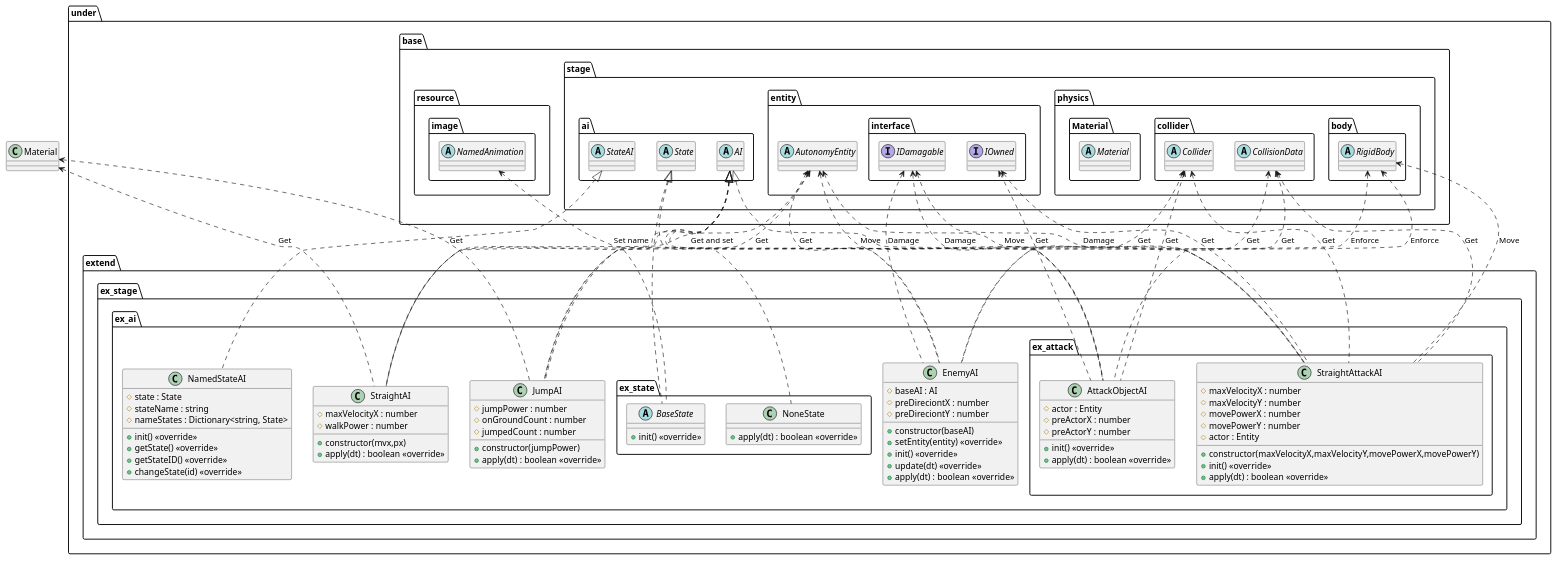
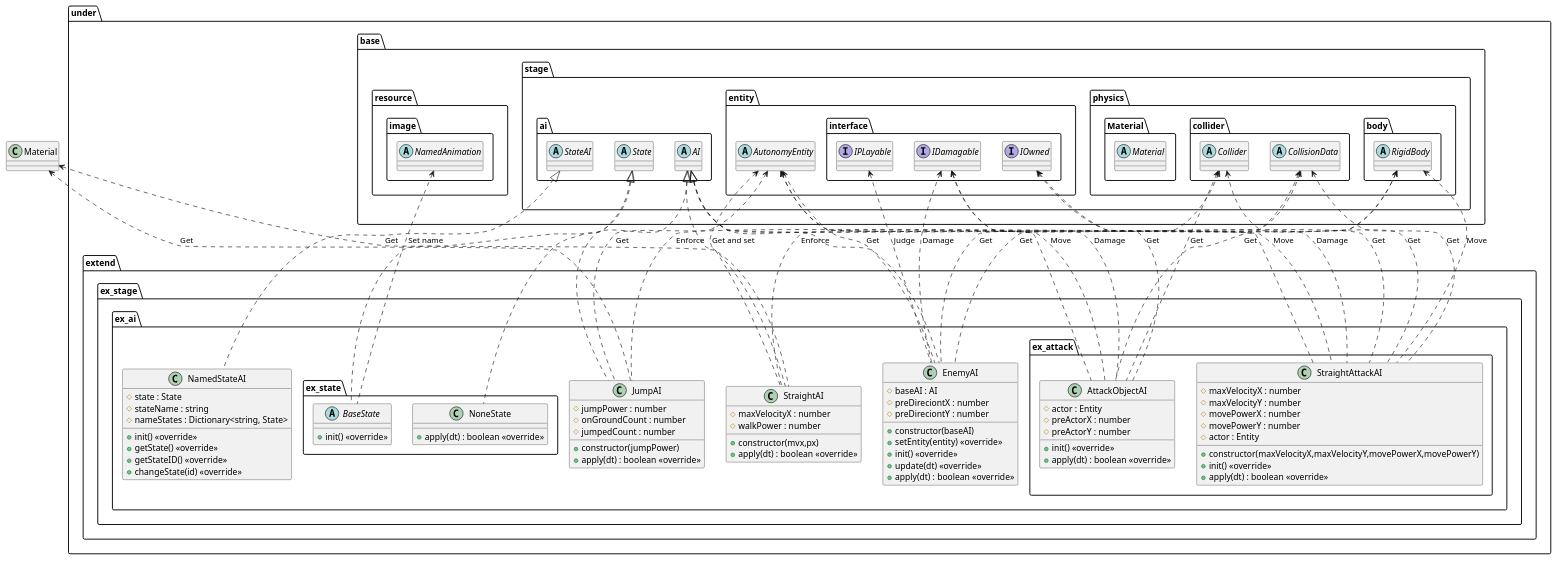
The diagram in uml/entity/ai/Extend.wsd (Expine/Under), drawn with PlantUML before and after one commit. The commit also changed 3 other files, not shown here.

```diff
--- a/uml/entity/ai/Extend.wsd
+++ b/uml/entity/ai/Extend.wsd
@@ -1,145 +1,147 @@
 @startuml AIExtend
 
 package under {
     package extend {
         package ex_stage {
             package ex_ai {
                 class NamedStateAI {
                     #state : State
                     #stateName : string
                     #nameStates : Dictionary<string, State>
                     +init() <<override>>
                     +getState() <<override>>
                     +getStateID() <<override>>
                     +changeState(id) <<override>>
                 }
                 class StraightAI {
                     +constructor(mvx,px)
                     #maxVelocityX : number
                     #walkPower : number
                     +apply(dt) : boolean <<override>>
                 }
                 class JumpAI {
                     +constructor(jumpPower)
                     #jumpPower : number
                     #onGroundCount : number
                     #jumpedCount : number
                     +apply(dt) : boolean <<override>>
                 }
                 class EnemyAI {
                     +constructor(baseAI)
                     #baseAI : AI
                     #preDireciontX : number
                     #preDireciontY : number
                     +setEntity(entity) <<override>>
                     +init() <<override>>
                     +update(dt) <<override>>
                     +apply(dt) : boolean <<override>>
                 }
                 package ex_attack {
                     class AttackObjectAI {
                         #actor : Entity
                         #preActorX : number
                         #preActorY : number
                         +init() <<override>>
                         +apply(dt) : boolean <<override>>
                     }
                     class StraightAttackAI {
                         +constructor(maxVelocityX,maxVelocityY,movePowerX,movePowerY)
                         #maxVelocityX : number
                         #maxVelocityY : number
                         #movePowerX : number
                         #movePowerY : number
                         #actor : Entity
                         +init() <<override>>
                         +apply(dt) : boolean <<override>>
                     }
                 }
 
                 package ex_state {
                     abstract BaseState {
                         +init() <<override>>
                     }
                     class NoneState {
                         +apply(dt) : boolean <<override>>
                     }
                 }
             }
         }
     }
 }
 
 package under {
     package base {
         package resource {
             package image {
                 abstract NamedAnimation
             }
         }
         package stage {
             package ai {
                 abstract AI
                 abstract StateAI
                 abstract State
             }
             package entity {
                 abstract AutonomyEntity
                 package interface {
                     interface IDamagable
                     interface IOwned
+                    interface IPLayable
                 }
             }
             package physics {
                 package collider {
                     abstract Collider
                     abstract CollisionData
                 }
                 package body {
                     abstract RigidBody
                 }
                 package Material {
                     abstract Material
                 }
             }
         }
     }
 }
 
 AutonomyEntity <.. StraightAI : Get and set
 RigidBody <.. StraightAI : Enforce
 Material <.. StraightAI : Get
 AutonomyEntity <.. JumpAI : Get
 RigidBody <.. JumpAI : Enforce
 Material <.. JumpAI : Get
 AutonomyEntity <.. EnemyAI : Get
 Collider <.. EnemyAI : Get
 CollisionData <.. EnemyAI : Get
 IDamagable <.. EnemyAI : Damage
+IPLayable <.. EnemyAI : Judge
 
 NamedAnimation <.. BaseState : Set name
 
 AutonomyEntity <.. AttackObjectAI : Move
 IOwned <.. AttackObjectAI : Get
 Collider <.. AttackObjectAI : Get
 CollisionData <.. AttackObjectAI : Get
 IDamagable <.. AttackObjectAI : Damage
 
 AutonomyEntity <.. StraightAttackAI : Move
 IOwned <.. StraightAttackAI : Get
 RigidBody <.. StraightAttackAI : Move
 Collider <.. StraightAttackAI : Get
 CollisionData <.. StraightAttackAI : Get
 IDamagable <.. StraightAttackAI : Damage
 
 StateAI <|.. NamedStateAI
 AI <|.. StraightAI
 AI <|.. JumpAI
 AI <|.. EnemyAI
 
 AI <|.. AttackObjectAI
 AI <|.. StraightAttackAI
 
 State <|.. BaseState
 State <|.. NoneState
 
 @enduml
```
